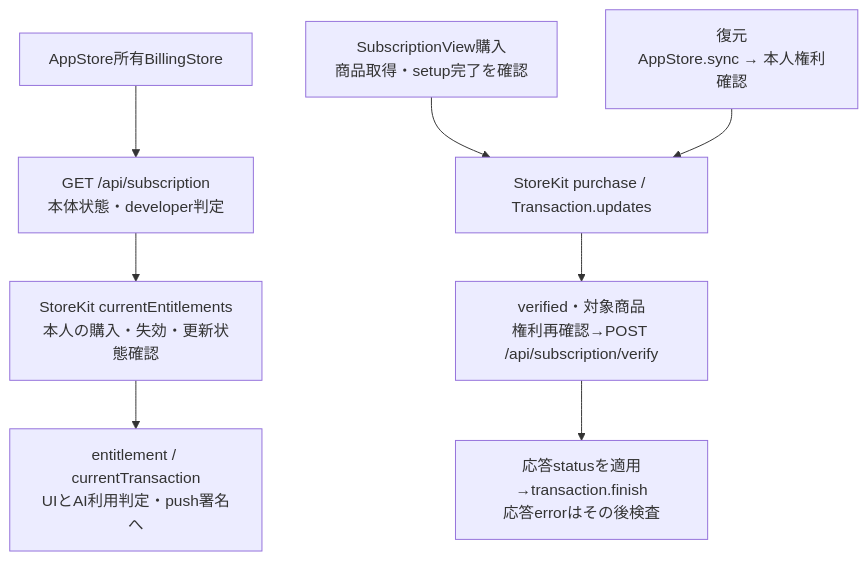
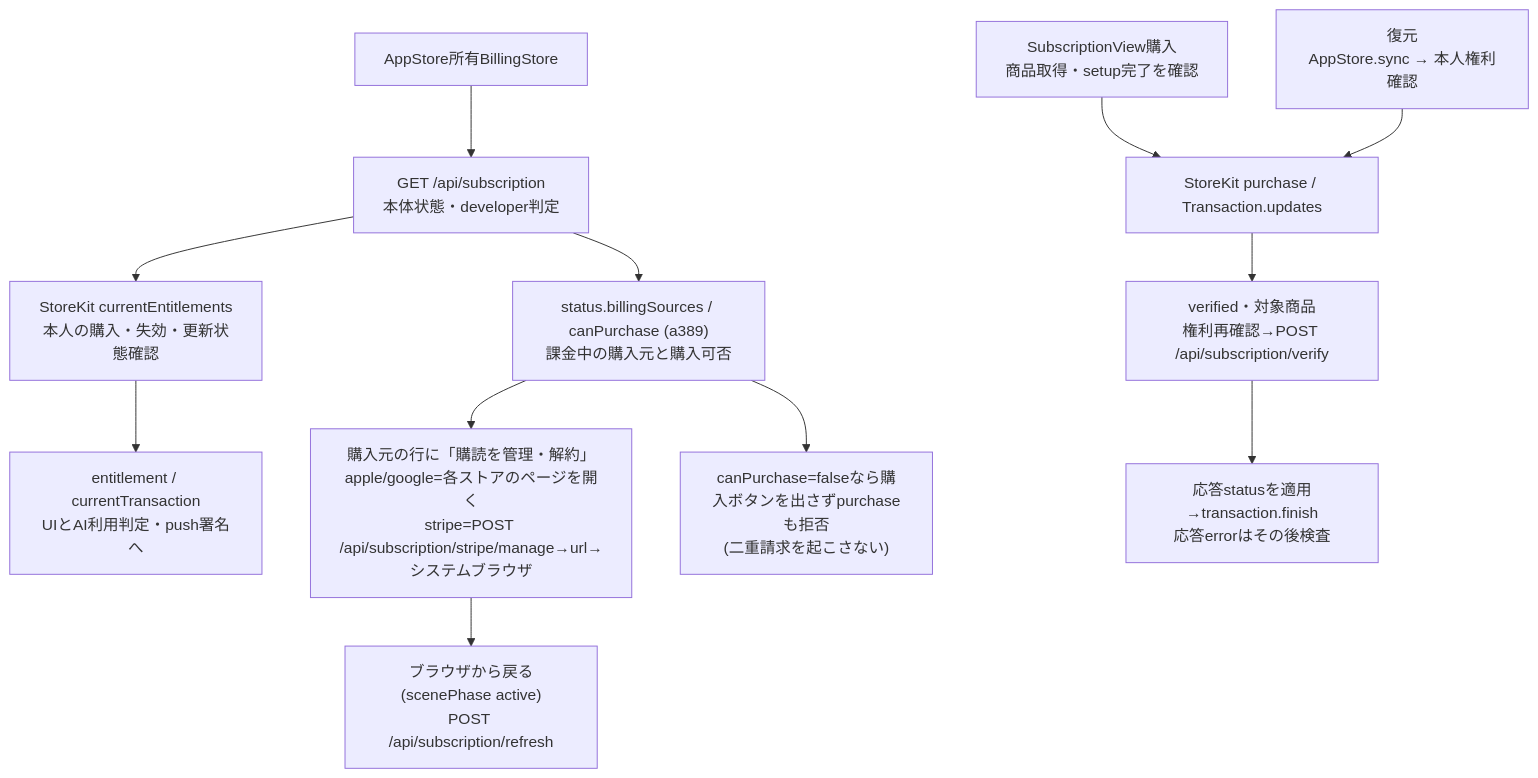
The fourth of 4 diagrams in docs/architecture/modules/apple/lifecycle-and-platform.md (kitepon/BellTeam), drawn with Mermaid before and after one commit. The commit also changed other lines of this file and 6 other files, not shown here.

First line of the commit message:
a392: iPhone/Mac cancel-and-manage entry on the subscription screen (a389 contract)

````diff
--- a/docs/architecture/modules/apple/lifecycle-and-platform.md
+++ b/docs/architecture/modules/apple/lifecycle-and-platform.md
@@ -84,10 +84,14 @@
 ```mermaid
 flowchart TD
   Store["AppStore所有BillingStore"] --> Server["GET /api/subscription<br/>本体状態・developer判定"]
   Server --> Apple["StoreKit currentEntitlements<br/>本人の購入・失効・更新状態確認"]
   Apple --> Access["entitlement / currentTransaction<br/>UIとAI利用判定・push署名へ"]
   Buy["SubscriptionView購入<br/>商品取得・setup完了を確認"] --> Transaction["StoreKit purchase / Transaction.updates"]
   Restore["復元<br/>AppStore.sync → 本人権利確認"] --> Transaction
   Transaction --> Verify["verified・対象商品<br/>権利再確認→POST /api/subscription/verify"]
   Verify --> Finish["応答statusを適用→transaction.finish<br/>応答errorはその後検査"]
+  Server --> Sources["status.billingSources / canPurchase (a389)<br/>課金中の購入元と購入可否"]
+  Sources --> Manage["購入元の行に「購読を管理・解約」<br/>apple/google=各ストアのページを開く<br/>stripe=POST /api/subscription/stripe/manage→url→システムブラウザ"]
+  Manage --> Back["ブラウザから戻る(scenePhase active)<br/>POST /api/subscription/refresh"]
+  Sources --> Gate["canPurchase=falseなら購入ボタンを出さずpurchaseも拒否<br/>(二重請求を起こさない)"]
 ```
````
